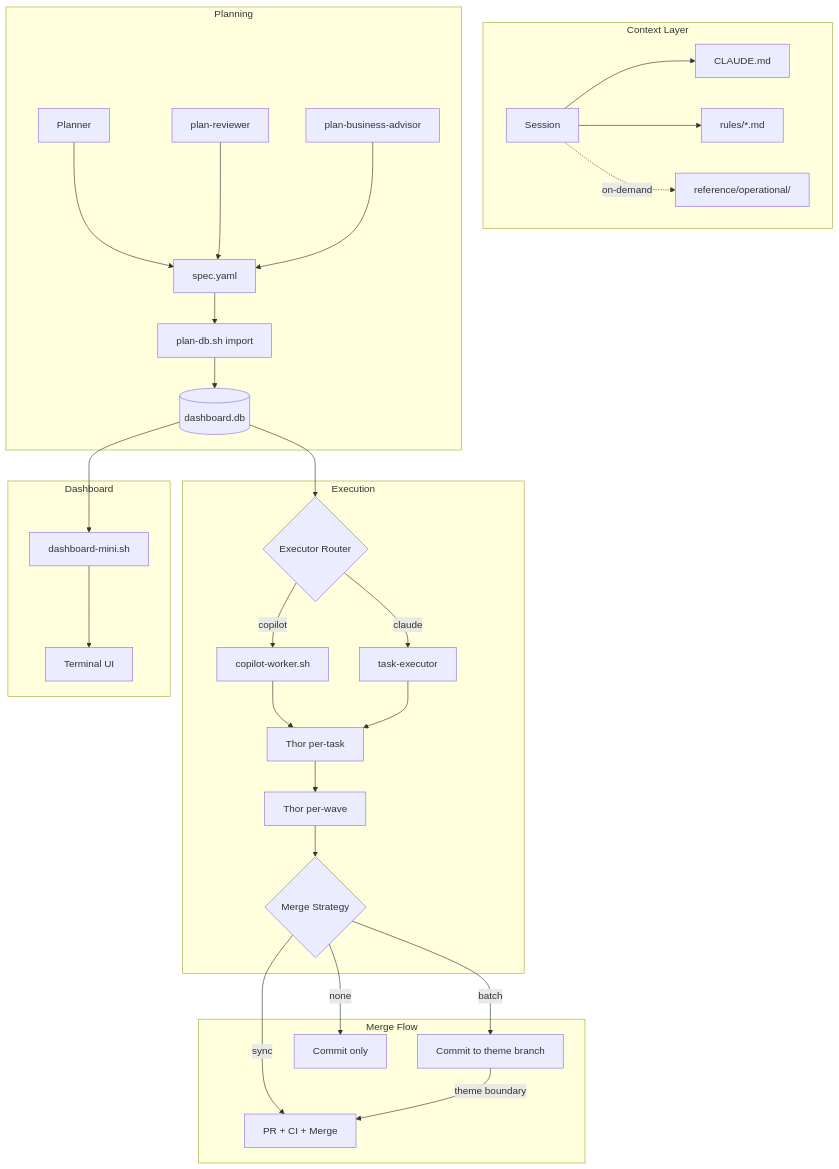
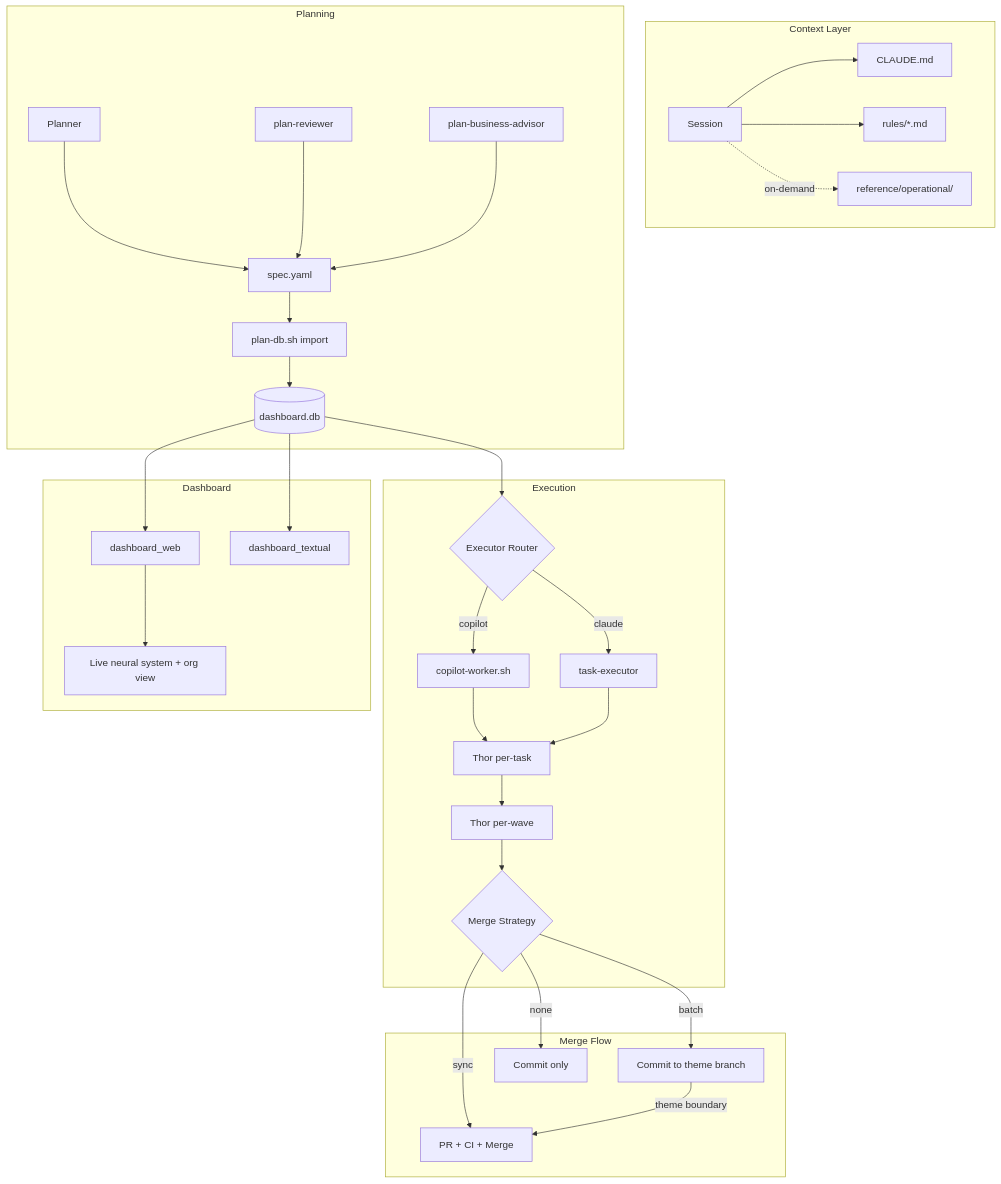
One commit to Roberdan/MyConvergio changed the first of 6 diagrams in README.md. Above: the diagram before and after it, drawn with Mermaid. The commit also changed other lines of this file and 80 other files, not shown here.

````diff
--- a/README.md
+++ b/README.md
@@ -26,34 +26,35 @@
 ```mermaid
 graph TB
     subgraph "Context Layer"
         A[Session] --> B[CLAUDE.md]
         A --> C[rules/*.md]
         A -.->|on-demand| D[reference/operational/]
     end
     subgraph "Planning"
         E["Planner"] --> F["spec.yaml"]
         F --> G[plan-db.sh import]
         G --> H[(dashboard.db)]
         I[plan-reviewer] --> F
         J[plan-business-advisor] --> F
     end
     subgraph "Execution"
         H --> K{Executor Router}
         K -->|copilot| L[copilot-worker.sh]
         K -->|claude| M[task-executor]
         L --> N[Thor per-task]
         M --> N
         N --> O[Thor per-wave]
         O --> P{Merge Strategy}
     end
     subgraph "Merge Flow"
         P -->|sync| Q[PR + CI + Merge]
         P -->|batch| R[Commit to theme branch]
         P -->|none| S[Commit only]
         R -->|theme boundary| Q
     end
     subgraph "Dashboard"
-        H --> T[dashboard-mini.sh]
-        T --> U[Terminal UI]
+        H --> T[dashboard_web]
+        H --> U[dashboard_textual]
+        T --> V[Live neural system + org view]
     end
 ```
````
